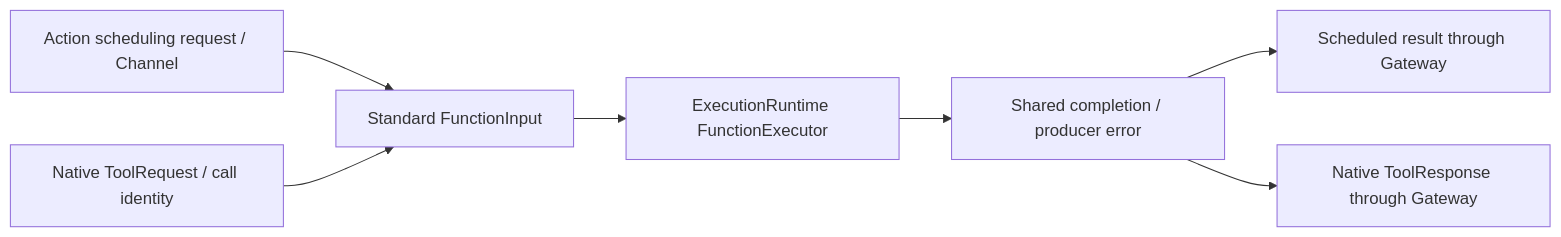
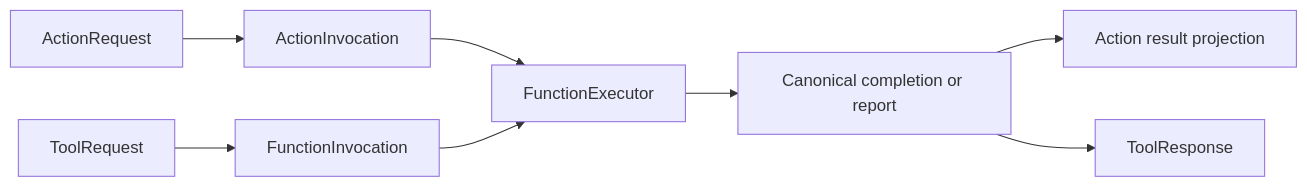
The diagram in MobileHarness/Gateway/Output/Protocols/README.md (devilyouwei/MobileHarness), drawn with Mermaid before and after one commit. The commit also changed other lines of this file and 116 other files, not shown here.

````diff
--- a/MobileHarness/Gateway/Output/Protocols/README.md
+++ b/MobileHarness/Gateway/Output/Protocols/README.md
@@ -74,9 +15,10 @@
 ```mermaid
 flowchart LR
-    Action[Action scheduling request / Channel] --> Input[Standard FunctionInput]
-    Native[Native ToolRequest / call identity] --> Input
-    Input --> Executor[ExecutionRuntime FunctionExecutor]
-    Executor --> Outcome[Shared completion / producer error]
-    Outcome --> Scheduled[Scheduled result through Gateway]
-    Outcome --> Feedback[Native ToolResponse through Gateway]
+ Action[ActionRequest] --> Invocation[ActionInvocation]
+ Tool[ToolRequest] --> Native[FunctionInvocation]
+ Invocation --> Executor[FunctionExecutor]
+ Native --> Executor
+ Executor --> Outcome[Canonical completion or report]
+ Outcome --> Scheduled[Action result projection]
+ Outcome --> Response[ToolResponse]
 ```
````
